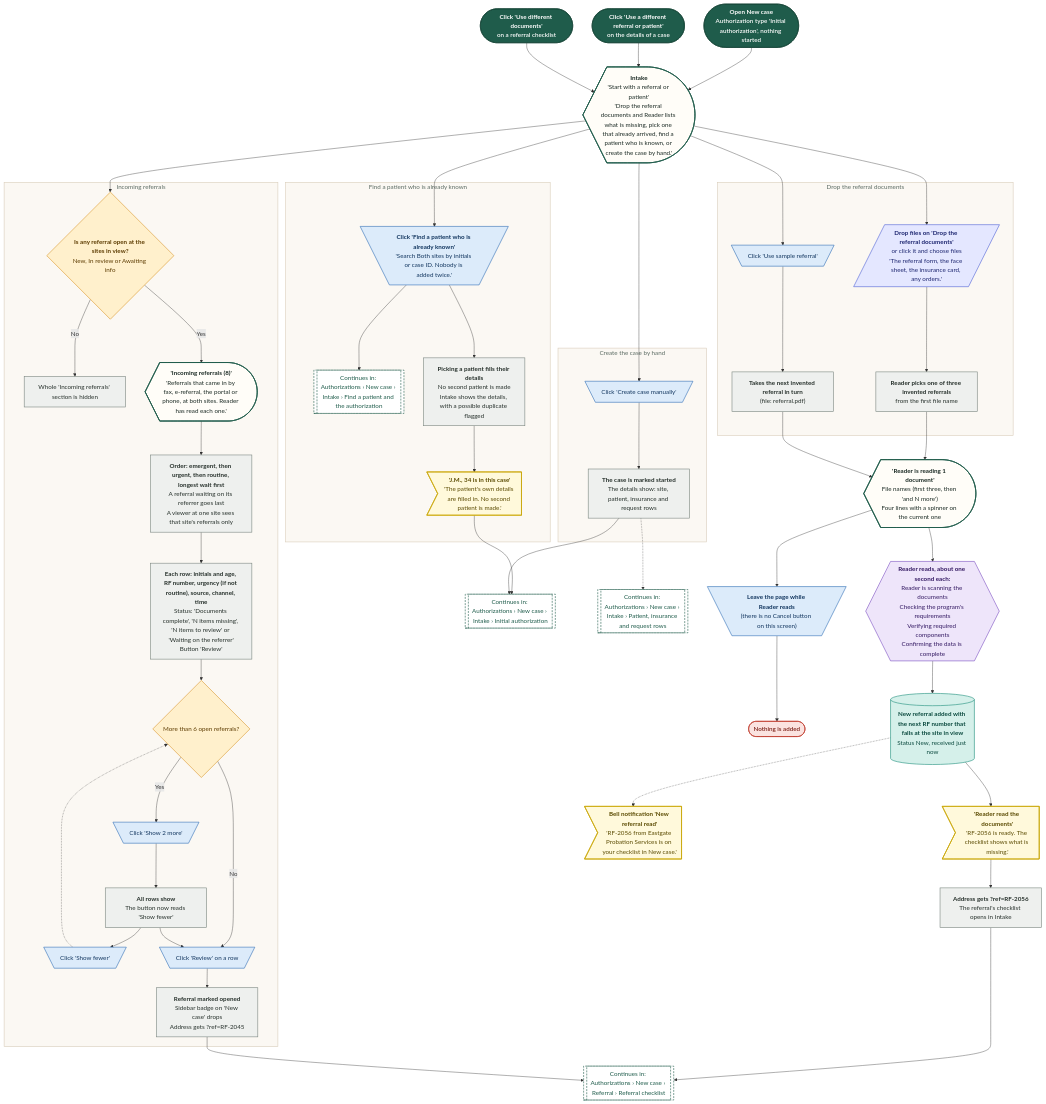
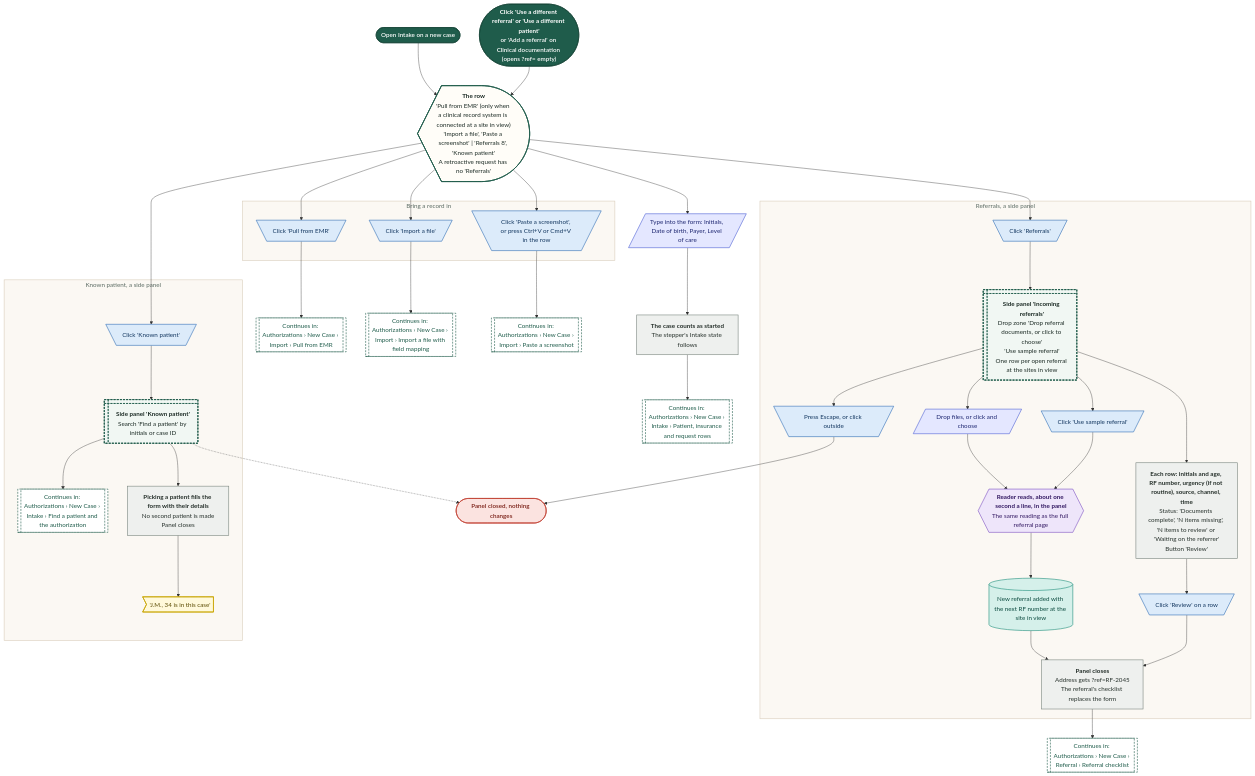
Before and after one commit to Shrav143/psyfloapp: the diagram in demos/prior-auth-demo/workflows/out/mmd/04-new-case/10-referral-start.mmd, drawn with Mermaid. The commit also changed 202 other files, not shown here.

First line of the commit message:
docs: round 6 README, CONVENTIONS, spec section 17, diagram module blurbs and 336 rebuilt diagrams

```diff
--- a/demos/prior-auth-demo/workflows/out/mmd/04-new-case/10-referral-start.mmd
+++ b/demos/prior-auth-demo/workflows/out/mmd/04-new-case/10-referral-start.mmd
@@ -1,97 +1,82 @@
 %%{init: {"theme":"base","themeVariables":{"fontFamily":"'DM Sans', 'Segoe UI', system-ui, sans-serif","fontSize":"15px","lineColor":"#5B6B63","primaryTextColor":"#1C2B25","clusterBkg":"#FBF8F3","clusterBorder":"#D9CDBB","edgeLabelBackground":"#FFFFFF"},"flowchart":{"curve":"basis","nodeSpacing":36,"rankSpacing":48,"padding":12,"htmlLabels":true,"useMaxWidth":false,"wrappingWidth":230}} }%%
 flowchart TD
   classDef k_start fill:#1F5C4B,stroke:#174638,color:#FFFFFF,stroke-width:1.5px,font-weight:600
   classDef k_end fill:#DDEFE3,stroke:#2E7D4F,color:#14502F,stroke-width:1.5px,font-weight:600
   classDef k_endx fill:#FBE3E0,stroke:#C0392B,color:#7A1F16,stroke-width:1.5px,font-weight:600
   classDef k_screen fill:#FFFDF8,stroke:#1F5C4B,color:#1C2B25,stroke-width:2px
   classDef k_overlay fill:#F1F7F3,stroke:#1F5C4B,color:#1C2B25,stroke-width:2px,stroke-dasharray:5 3
   classDef k_click fill:#DCEBFA,stroke:#2F6DB5,color:#12365F,stroke-width:1.5px
   classDef k_input fill:#E4E7FF,stroke:#4C5FD5,color:#1D2670,stroke-width:1.5px
   classDef k_process fill:#EEF0EE,stroke:#7A857F,color:#26302B,stroke-width:1.5px
   classDef k_agent fill:#EEE5FA,stroke:#7A4FC2,color:#341A63,stroke-width:1.5px
   classDef k_decision fill:#FFF0CC,stroke:#D9962B,color:#5C3B00,stroke-width:1.5px
   classDef k_store fill:#D5F0EA,stroke:#1C8E7B,color:#0B4A3F,stroke-width:1.5px
   classDef k_doc fill:#F6E9DC,stroke:#B07A4C,color:#4A2E14,stroke-width:1.5px
   classDef k_ext fill:#FFE6D2,stroke:#E07B39,color:#6B2F06,stroke-width:1.5px
   classDef k_wait fill:#E4E8EE,stroke:#6B7C93,color:#26303D,stroke-width:1.5px
   classDef k_toast fill:#FFF9DB,stroke:#C9A400,color:#5A4A00,stroke-width:1.5px
   classDef k_goto fill:#FFFFFF,stroke:#1F5C4B,color:#1F5C4B,stroke-width:1.5px,stroke-dasharray:5 3
-  s1@{ shape: stadium, label: "<b>Open New case</b><br/>Authorization type 'Initial authorization', nothing started" }
-  s2@{ shape: stadium, label: "<b>Click 'Use a different referral or patient'</b><br/>on the details of a case" }
-  s3@{ shape: stadium, label: "<b>Click 'Use different documents'</b><br/>on a referral checklist" }
-  sc1@{ shape: curv-trap, label: "<b>Intake</b><br/>'Start with a referral or patient'<br/>'Drop the referral documents and Reader lists what is missing, pick one that already arrived, find a patient who is known, or create the case by hand.'" }
-  subgraph gDrop ["Drop the referral documents"]
-  i1@{ shape: lean-r, label: "<b>Drop files on 'Drop the referral documents'</b><br/>or click it and choose files<br/>'The referral form, the face sheet, the insurance card, any orders.'" }
-  p1@{ shape: rect, label: "<b>Reader picks one of three invented referrals</b><br/>from the first file name" }
-  c2@{ shape: trap-t, label: "Click 'Use sample referral'" }
-  p2@{ shape: rect, label: "<b>Takes the next invented referral in turn</b><br/>(file: referral.pdf)" }
+  s1@{ shape: stadium, label: "Open Intake on a new case" }
+  s2@{ shape: stadium, label: "<b>Click 'Use a different referral' or 'Use a different patient'</b><br/>or 'Add a referral' on Clinical documentation (opens ?ref= empty)" }
+  sc1@{ shape: curv-trap, label: "<b>The row</b><br/>'Pull from EMR' (only when a clinical record system is connected at a site in view)<br/>'Import a file', 'Paste a screenshot' | 'Referrals 8', 'Known patient'<br/>A retroactive request has no 'Referrals'" }
+  subgraph gImport ["Bring a record in"]
+  cEmr@{ shape: trap-t, label: "Click 'Pull from EMR'" }
+  cFile@{ shape: trap-t, label: "Click 'Import a file'" }
+  cShot@{ shape: trap-t, label: "Click 'Paste a screenshot', or press Ctrl+V or Cmd+V in the row" }
   end
-  sc2@{ shape: curv-trap, label: "<b>'Reader is reading 1 document'</b><br/>File names (first three, then 'and N more')<br/>Four lines with a spinner on the current one" }
-  a1@{ shape: hex, label: "<b>Reader reads, about one second each:</b><br/>Reader is scanning the documents<br/>Checking the program's requirements<br/>Verifying required components<br/>Confirming the data is complete" }
-  leave@{ shape: trap-t, label: "<b>Leave the page while Reader reads</b><br/>(there is no Cancel button on this screen)" }
-  e1@{ shape: stadium, label: "Nothing is added" }
-  st1@{ shape: cyl, label: "<b>New referral added with the next RF number that falls at the site in view</b><br/>Status New, received just now" }
-  t1@{ shape: odd, label: "<b>'Reader read the documents'</b><br/>'RF-2056 is ready. The checklist shows what is missing.'" }
-  t2@{ shape: odd, label: "<b>Bell notification 'New referral read'</b><br/>'RF-2056 from Eastgate Probation Services is on your checklist in New case.'" }
-  p3@{ shape: rect, label: "<b>Address gets ?ref=RF-2056</b><br/>The referral's checklist opens in Intake" }
-  g1@{ shape: subproc, label: "Continues in: Authorizations › New case › Referral › Referral checklist" }
-  subgraph gPat ["Find a patient who is already known"]
-  cPat@{ shape: trap-t, label: "<b>Click 'Find a patient who is already known'</b><br/>'Search Both sites by initials or case ID. Nobody is added twice.'" }
-  gFind@{ shape: subproc, label: "Continues in: Authorizations › New case › Intake › Find a patient and the authorization" }
-  pPick@{ shape: rect, label: "<b>Picking a patient fills their details</b><br/>No second patient is made<br/>Intake shows the details, with a possible duplicate flagged" }
-  tPick@{ shape: odd, label: "<b>'J.M., 34 is in this case'</b><br/>'The patient's own details are filled in. No second patient is made.'" }
+  gEmr@{ shape: subproc, label: "Continues in: Authorizations › New Case › Import › Pull from EMR" }
+  gFile@{ shape: subproc, label: "Continues in: Authorizations › New Case › Import › Import a file with field mapping" }
+  gShot@{ shape: subproc, label: "Continues in: Authorizations › New Case › Import › Paste a screenshot" }
+  subgraph gRefs ["Referrals, a side panel"]
+  cRefs@{ shape: trap-t, label: "Click 'Referrals'" }
+  oRefs@{ shape: win-pane, label: "<b>Side panel 'Incoming referrals'</b><br/>Drop zone 'Drop referral documents, or click to choose'<br/>'Use sample referral'<br/>One row per open referral at the sites in view" }
+  pRows@{ shape: rect, label: "<b>Each row: initials and age, RF number, urgency (if not routine), source, channel, time</b><br/>Status: 'Documents complete', 'N items missing', 'N items to review' or 'Waiting on the referrer'<br/>Button 'Review'" }
+  iDrop@{ shape: lean-r, label: "Drop files, or click and choose" }
+  cSample@{ shape: trap-t, label: "Click 'Use sample referral'" }
+  aRead@{ shape: hex, label: "<b>Reader reads, about one second a line, in the panel</b><br/>The same reading as the full referral page" }
+  stRef@{ shape: cyl, label: "New referral added with the next RF number at the site in view" }
+  cReview@{ shape: trap-t, label: "Click 'Review' on a row" }
+  pRev@{ shape: rect, label: "<b>Panel closes</b><br/>Address gets ?ref=RF-2045<br/>The referral's checklist replaces the form" }
+  cEsc@{ shape: trap-t, label: "Press Escape, or click outside" }
   end
-  subgraph gInc ["Incoming referrals"]
-  d2@{ shape: diam, label: "<b>Is any referral open at the sites in view?</b><br/>New, In review or Awaiting info" }
-  p8@{ shape: rect, label: "Whole 'Incoming referrals' section is hidden" }
-  sc3@{ shape: curv-trap, label: "<b>'Incoming referrals (8)'</b><br/>'Referrals that came in by fax, e-referral, the portal or phone, at both sites. Reader has read each one.'" }
-  p4@{ shape: rect, label: "<b>Order: emergent, then urgent, then routine, longest wait first</b><br/>A referral waiting on its referrer goes last<br/>A viewer at one site sees that site's referrals only" }
-  p5@{ shape: rect, label: "<b>Each row: initials and age, RF number, urgency (if not routine), source, channel, time</b><br/>Status: 'Documents complete', 'N items missing', 'N items to review' or 'Waiting on the referrer'<br/>Button 'Review'" }
-  d1@{ shape: diam, label: "More than 6 open referrals?" }
-  c3@{ shape: trap-t, label: "Click 'Show 2 more'" }
-  p6@{ shape: rect, label: "<b>All rows show</b><br/>The button now reads 'Show fewer'" }
-  c4@{ shape: trap-t, label: "Click 'Show fewer'" }
-  c5@{ shape: trap-t, label: "Click 'Review' on a row" }
-  p7@{ shape: rect, label: "<b>Referral marked opened</b><br/>Sidebar badge on 'New case' drops<br/>Address gets ?ref=RF-2045" }
+  gCheck@{ shape: subproc, label: "Continues in: Authorizations › New Case › Referral › Referral checklist" }
+  subgraph gKnown ["Known patient, a side panel"]
+  cKnown@{ shape: trap-t, label: "Click 'Known patient'" }
+  oKnown@{ shape: win-pane, label: "<b>Side panel 'Known patient'</b><br/>Search 'Find a patient' by initials or case ID" }
+  gFind@{ shape: subproc, label: "Continues in: Authorizations › New Case › Intake › Find a patient and the authorization" }
+  pPick@{ shape: rect, label: "<b>Picking a patient fills the form with their details</b><br/>No second patient is made<br/>Panel closes" }
+  tPick@{ shape: odd, label: "'J.M., 34 is in this case'" }
   end
-  subgraph gNone ["Create the case by hand"]
-  c6@{ shape: trap-t, label: "Click 'Create case manually'" }
-  p9@{ shape: rect, label: "<b>The case is marked started</b><br/>The details show: site, patient, insurance and request rows" }
-  end
-  g2@{ shape: subproc, label: "Continues in: Authorizations › New case › Intake › Initial authorization" }
-  g3@{ shape: subproc, label: "Continues in: Authorizations › New case › Intake › Patient, insurance and request rows" }
+  iType@{ shape: lean-r, label: "Type into the form: Initials, Date of birth, Payer, Level of care" }
+  pStart@{ shape: rect, label: "<b>The case counts as started</b><br/>The stepper's Intake state follows" }
+  gForm@{ shape: subproc, label: "Continues in: Authorizations › New Case › Intake › Patient, insurance and request rows" }
+  eNone@{ shape: stadium, label: "Panel closed, nothing changes" }
   s1 --> sc1
   s2 --> sc1
-  s3 --> sc1
-  sc1 --> i1 --> p1 --> sc2
-  sc1 --> c2 --> p2 --> sc2
-  sc2 --> a1 --> st1 --> t1 --> p3 --> g1
-  st1 -.-> t2
-  sc2 --> leave --> e1
-  sc1 --> cPat --> gFind
-  cPat --> pPick --> tPick --> g2
-  sc1 --> d2
-  d2 -->|"Yes"| sc3 --> p4 --> p5 --> d1
-  d2 -->|"No"| p8
-  d1 -->|"Yes"| c3 --> p6 --> c4
-  d1 -->|"No"| c5
-  p6 --> c5
-  c4 -.-> d1
-  c5 --> p7 --> g1
-  sc1 --> c6 --> p9 --> g2
-  p9 -.-> g3
-  class s1,s2,s3 k_start
-  class sc1,sc2,sc3 k_screen
-  class i1 k_input
-  class p1,p2,p3,pPick,p8,p4,p5,p6,p7,p9 k_process
-  class c2,leave,cPat,c3,c4,c5,c6 k_click
-  class a1 k_agent
-  class e1 k_endx
-  class st1 k_store
-  class t1,t2,tPick k_toast
-  class g1,gFind,g2,g3 k_goto
-  class d2,d1 k_decision
-  style gDrop fill:#FBF8F3,stroke:#D9CDBB,stroke-width:1.5px,color:#5B6B63
-  style gPat fill:#FBF8F3,stroke:#D9CDBB,stroke-width:1.5px,color:#5B6B63
-  style gInc fill:#FBF8F3,stroke:#D9CDBB,stroke-width:1.5px,color:#5B6B63
-  style gNone fill:#FBF8F3,stroke:#D9CDBB,stroke-width:1.5px,color:#5B6B63
+  sc1 --> cEmr --> gEmr
+  sc1 --> cFile --> gFile
+  sc1 --> cShot --> gShot
+  sc1 --> cRefs --> oRefs --> pRows
+  oRefs --> iDrop --> aRead
+  oRefs --> cSample --> aRead
+  aRead --> stRef --> pRev
+  pRows --> cReview --> pRev --> gCheck
+  oRefs --> cEsc --> eNone
+  sc1 --> cKnown --> oKnown --> gFind
+  oKnown --> pPick --> tPick
+  oKnown -.-> eNone
+  sc1 --> iType --> pStart --> gForm
+  class s1,s2 k_start
+  class sc1 k_screen
+  class cEmr,cFile,cShot,cRefs,cSample,cReview,cEsc,cKnown k_click
+  class gEmr,gFile,gShot,gCheck,gFind,gForm k_goto
+  class oRefs,oKnown k_overlay
+  class pRows,pRev,pPick,pStart k_process
+  class iDrop,iType k_input
+  class aRead k_agent
+  class stRef k_store
+  class tPick k_toast
+  class eNone k_endx
+  style gImport fill:#FBF8F3,stroke:#D9CDBB,stroke-width:1.5px,color:#5B6B63
+  style gRefs fill:#FBF8F3,stroke:#D9CDBB,stroke-width:1.5px,color:#5B6B63
+  style gKnown fill:#FBF8F3,stroke:#D9CDBB,stroke-width:1.5px,color:#5B6B63
```
